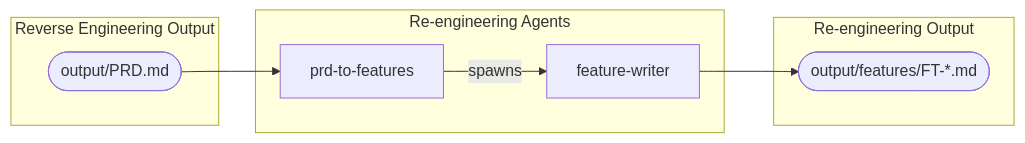
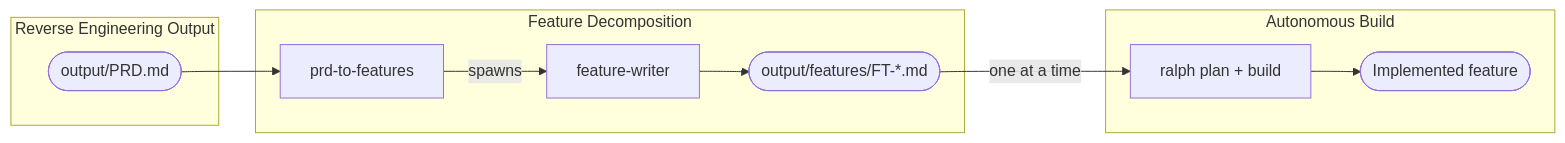
Before and after one commit to DEFRA/defra-ai-modernisation-playbook: the diagram in pages/re-engineering/tooling/README.md, drawn with Mermaid. The commit also changed other lines of this file and 8 other files, not shown here.

Commit message:
docs: add autonomous build and implementation review phases

````diff
--- a/pages/re-engineering/tooling/README.md
+++ b/pages/re-engineering/tooling/README.md
@@ -27,19 +60,25 @@
 ```mermaid
 graph LR
     subgraph "Reverse Engineering Output"
         PRD(["output/PRD.md"])
     end
 
-    subgraph "Re-engineering Agents"
+    subgraph "Feature Decomposition"
         ptf[prd-to-features]
         fw[feature-writer]
+        features(["output/features/FT-*.md"])
+
+        ptf -->|spawns| fw
+        fw --> features
     end
 
-    subgraph "Re-engineering Output"
-        features(["output/features/FT-*.md"])
+    subgraph "Autonomous Build"
+        ralph[ralph plan + build]
+        code(["Implemented feature"])
+
+        ralph --> code
     end
 
     PRD --> ptf
-    ptf -->|spawns| fw
-    fw --> features
+    features -->|one at a time| ralph
 ```
````
